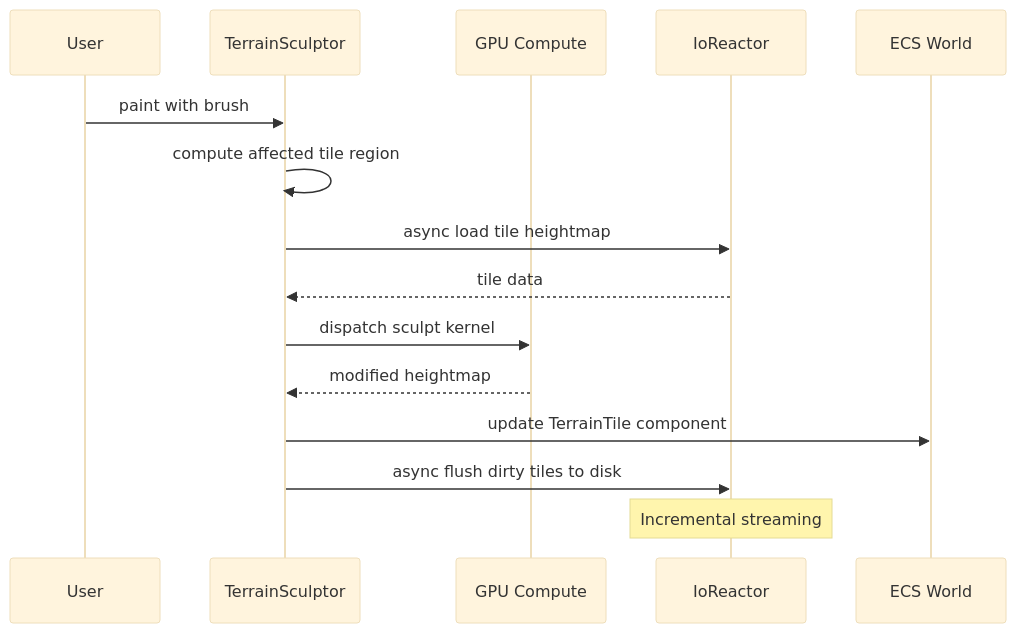
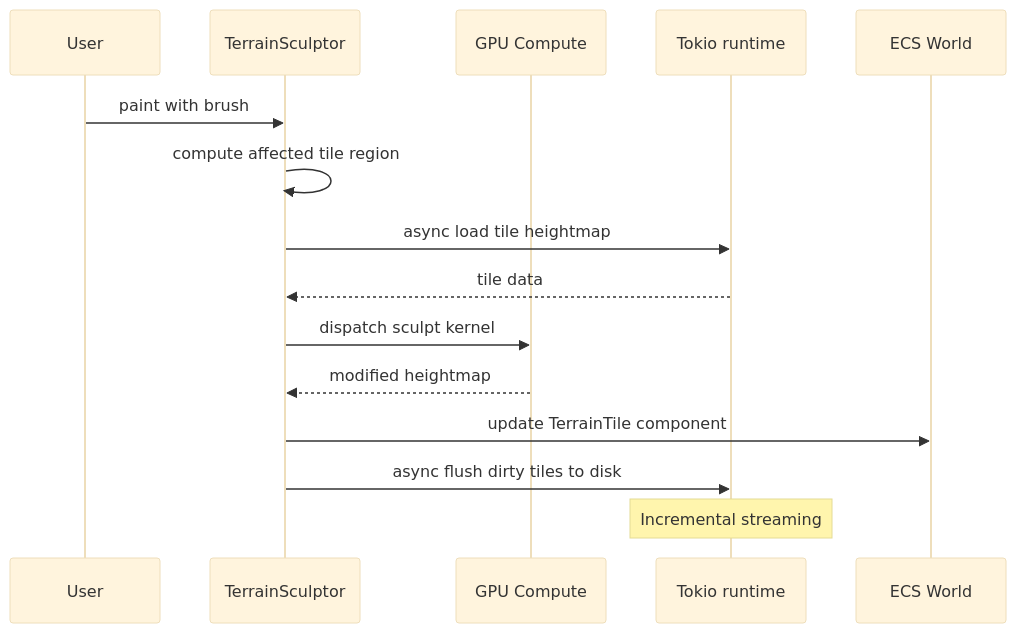
One commit to harmonius-dev/harmonius changed the fourth of 6 diagrams in docs/design/tools/level-world.md. Above: the diagram before and after it, drawn with Mermaid (base theme). The commit also changed other lines of this file and 229 other files, not shown here.

````diff
--- a/docs/design/tools/level-world.md
+++ b/docs/design/tools/level-world.md
@@ -233,18 +233,18 @@
 ```mermaid
 sequenceDiagram
     participant U as User
     participant TS as TerrainSculptor
     participant GPU as GPU Compute
-    participant IO as IoReactor
+    participant IO as Tokio runtime
     participant ECS as ECS World
 
     U->>TS: paint with brush
     TS->>TS: compute affected tile region
     TS->>IO: async load tile heightmap
     IO-->>TS: tile data
     TS->>GPU: dispatch sculpt kernel
     GPU-->>TS: modified heightmap
     TS->>ECS: update TerrainTile component
     TS->>IO: async flush dirty tiles to disk
     Note over IO: Incremental streaming
 ```
````
